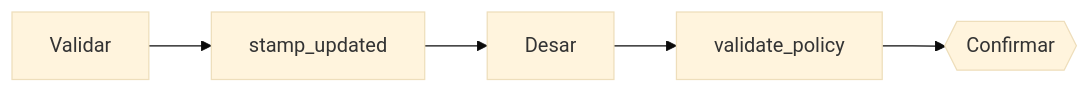
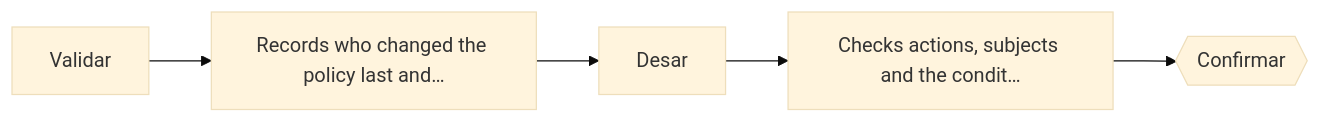
One commit to EloiSans/python-resource-engine changed the second of 3 diagrams in examples/invoices/docs/resources/authz_policies.md. Above: the diagram before and after it, drawn with Mermaid (base theme). The commit also changed other lines of this file and 41 other files, not shown here.

````diff
--- a/examples/invoices/docs/resources/authz_policies.md
+++ b/examples/invoices/docs/resources/authz_policies.md
@@ -78,12 +72,12 @@
 ```mermaid
 flowchart LR
     s0["Validar"]
-    s1["stamp_updated"]
+    s1["Records who changed the policy last and…"]
     s0 --> s1
     s2["Desar"]
     s1 --> s2
-    s3["validate_policy"]
+    s3["Checks actions, subjects and the condit…"]
     s2 --> s3
     s4{{"Confirmar"}}
     s3 --> s4
 ```
````
